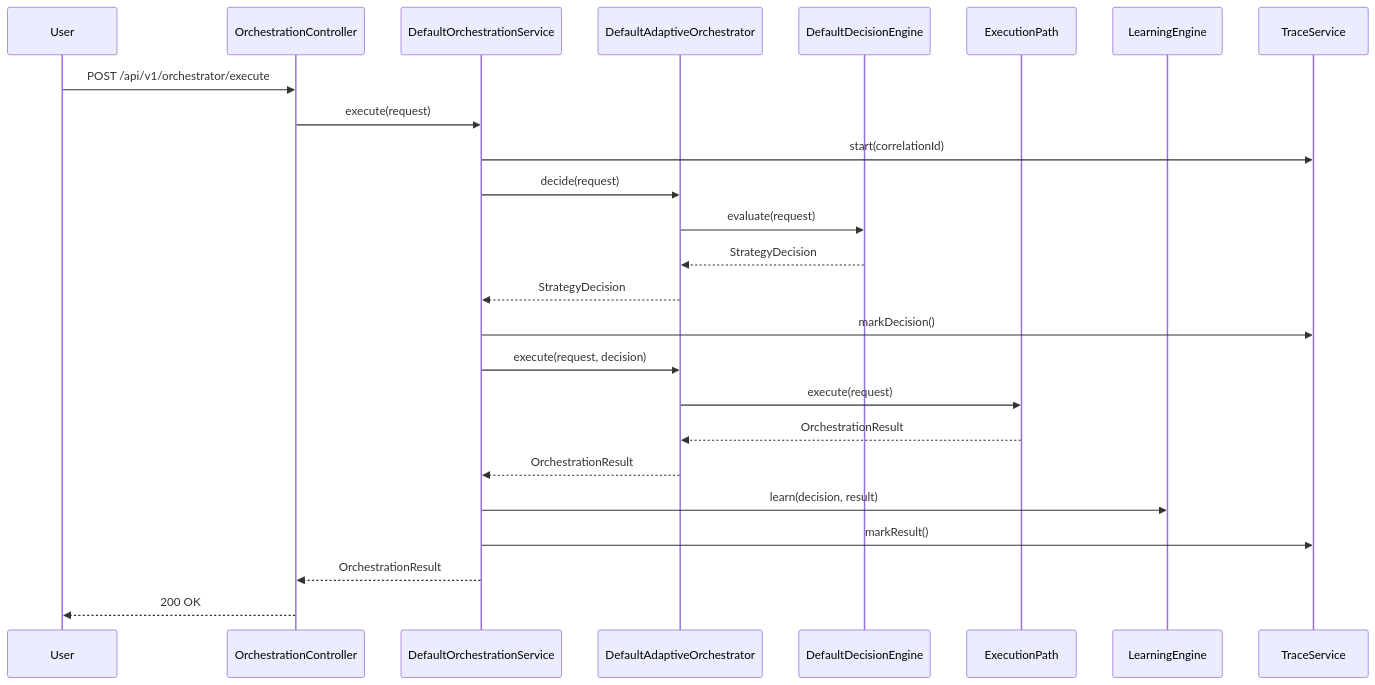
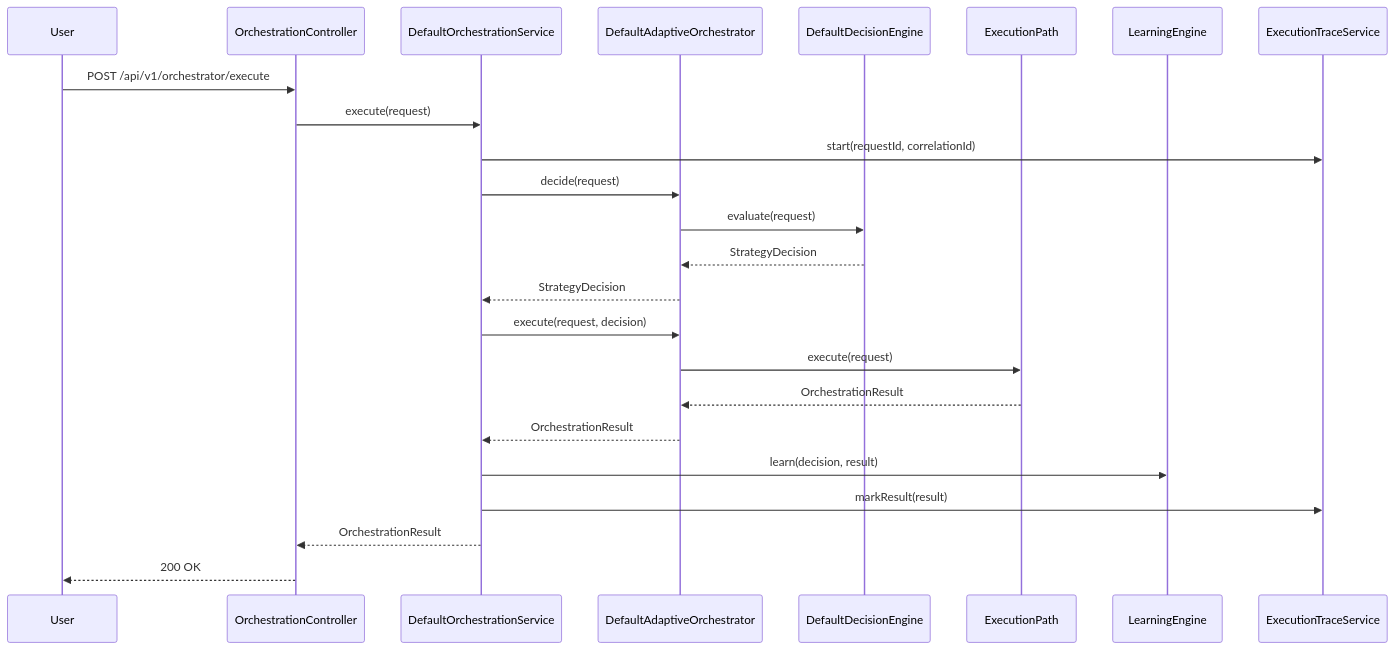
Before and after one commit to sivram-dse/adaptive-ai-orchestrator: the third of 3 diagrams in README.md, drawn with Mermaid. The commit also changed other lines of this file and 9 other files, not shown here.

````diff
--- a/README.md
+++ b/README.md
@@ -71,28 +81,27 @@
 ```mermaid
 sequenceDiagram
-    participant U as User
-    participant C as OrchestrationController
-    participant S as DefaultOrchestrationService
-    participant O as DefaultAdaptiveOrchestrator
-    participant D as DefaultDecisionEngine
-    participant P as ExecutionPath
-    participant L as LearningEngine
-    participant T as TraceService
+    participant User
+    participant Controller as OrchestrationController
+    participant Service as DefaultOrchestrationService
+    participant Orchestrator as DefaultAdaptiveOrchestrator
+    participant Decision as DefaultDecisionEngine
+    participant Path as ExecutionPath
+    participant Learn as LearningEngine
+    participant Trace as ExecutionTraceService
 
-    U->>C: POST /api/v1/orchestrator/execute
-    C->>S: execute(request)
-    S->>T: start(correlationId)
-    S->>O: decide(request)
-    O->>D: evaluate(request)
-    D-->>O: StrategyDecision
-    O-->>S: StrategyDecision
-    S->>T: markDecision()
-    S->>O: execute(request, decision)
-    O->>P: execute(request)
-    P-->>O: OrchestrationResult
-    O-->>S: OrchestrationResult
-    S->>L: learn(decision, result)
-    S->>T: markResult()
-    S-->>C: OrchestrationResult
-    C-->>U: 200 OK
+    User->>Controller: POST /api/v1/orchestrator/execute
+    Controller->>Service: execute(request)
+    Service->>Trace: start(requestId, correlationId)
+    Service->>Orchestrator: decide(request)
+    Orchestrator->>Decision: evaluate(request)
+    Decision-->>Orchestrator: StrategyDecision
+    Orchestrator-->>Service: StrategyDecision
+    Service->>Orchestrator: execute(request, decision)
+    Orchestrator->>Path: execute(request)
+    Path-->>Orchestrator: OrchestrationResult
+    Orchestrator-->>Service: OrchestrationResult
+    Service->>Learn: learn(decision, result)
+    Service->>Trace: markResult(result)
+    Service-->>Controller: OrchestrationResult
+    Controller-->>User: 200 OK
 ```
````
